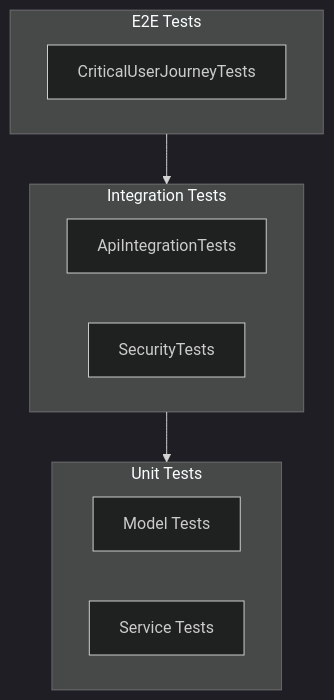
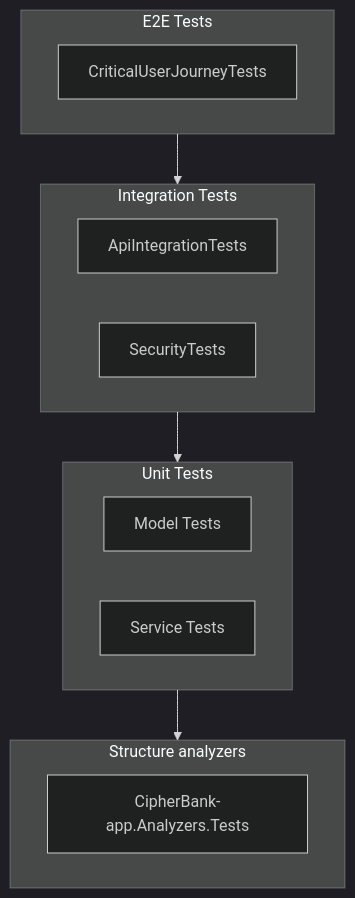
Before and after one commit to CB-st/CipherBank-App: the diagram in docs/tests/README.md, drawn with Mermaid (dark theme). The commit also changed other lines of this file and 143 other files, not shown here.

````diff
--- a/docs/tests/README.md
+++ b/docs/tests/README.md
@@ -7,16 +9,20 @@
 ```mermaid
 flowchart TB
     subgraph e2e [E2E Tests]
         E2E[CriticalUserJourneyTests]
     end
     subgraph integration [Integration Tests]
         API[ApiIntegrationTests]
         SEC[SecurityTests]
     end
     subgraph unit [Unit Tests]
         Models[Model Tests]
         Services[Service Tests]
     end
+    subgraph structure [Structure analyzers]
+        Analyzers[CipherBank-app.Analyzers.Tests]
+    end
     e2e --> integration
     integration --> unit
+    unit --> structure
 ```
````
